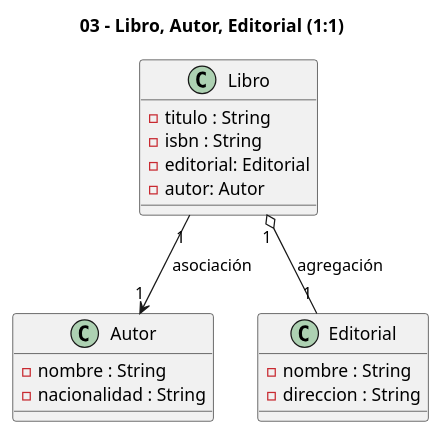
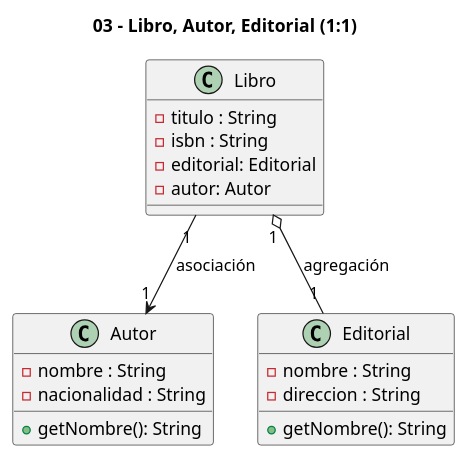
One commit to guillecampoy/tp5-UML changed the diagram in docs/uml/plantuml/03-libro-autor-editorial.puml. Above: the diagram before and after it, drawn with PlantUML. The commit also changed 13 other files, not shown here.

Commit message:
Se ajustan archivos puml(UML) con nombres de variables, atributos faltantes

```diff
--- a/docs/uml/plantuml/03-libro-autor-editorial.puml
+++ b/docs/uml/plantuml/03-libro-autor-editorial.puml
@@ -1,31 +1,33 @@
 @startuml
 title 03 - Libro, Autor, Editorial (1:1)
 
 ' Estilo de lectura
 skinparam classAttributeIconVisibility false
 
 ' Clases y atributos mínimos según el enunciado
 class Libro {
   - titulo : String
   - isbn : String
   - editorial: Editorial
   - autor: Autor
 
 }
 class Autor {
   - nombre : String
   - nacionalidad : String
+  + getNombre(): String
 }
 
 class Editorial {
   - nombre : String
   - direccion : String
+  + getNombre(): String
 }
 
 ' Asociación: el Libro "posee" un Autor
 Libro "1" --> "1" Autor      : asociación
 
 ' Agregación el libro posee una editorial,
 ' la misma ya existe Si se elimina el libro la editorial puede existir.
 Libro "1" o-- "1" Editorial : agregación
 @enduml
```
